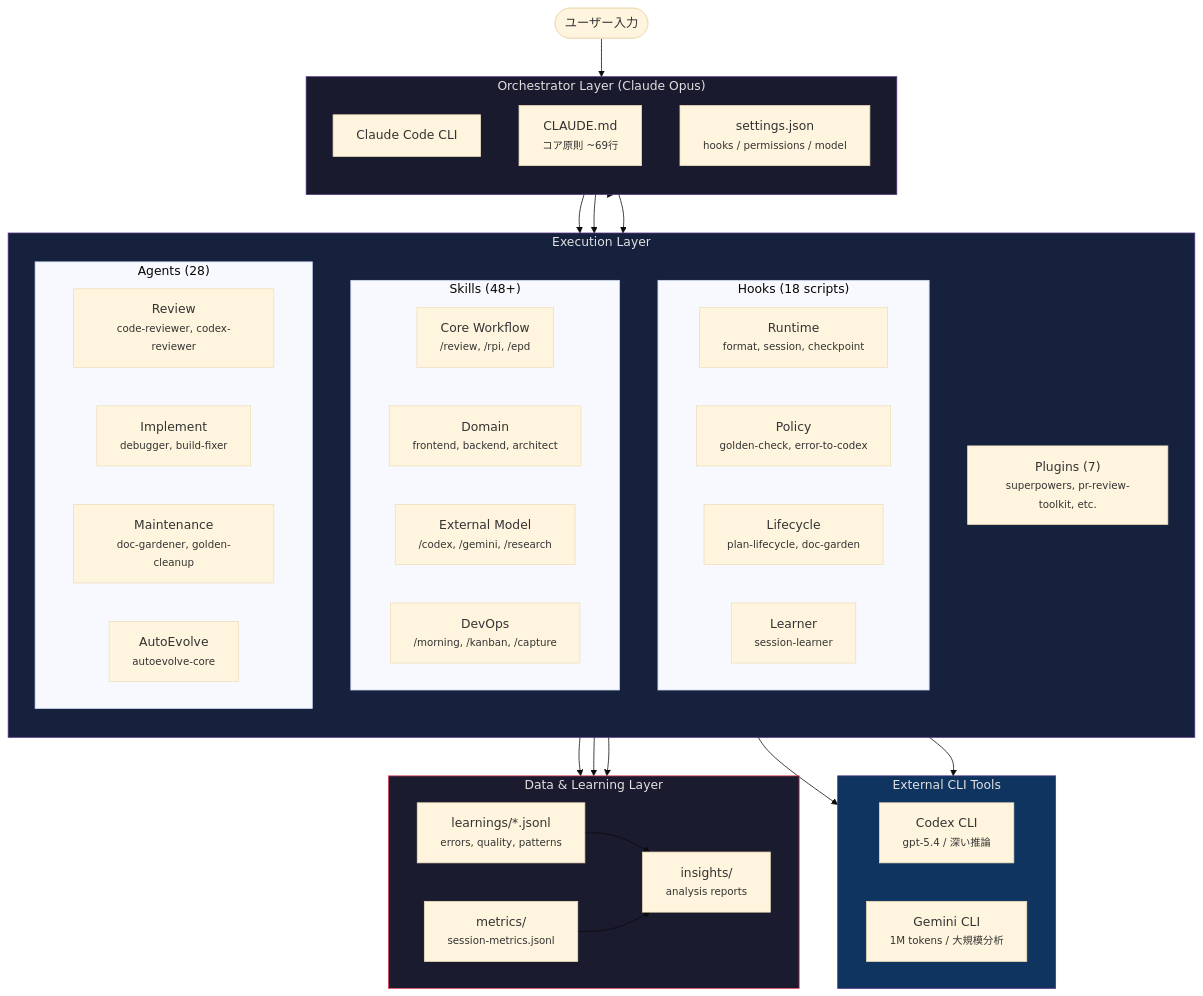
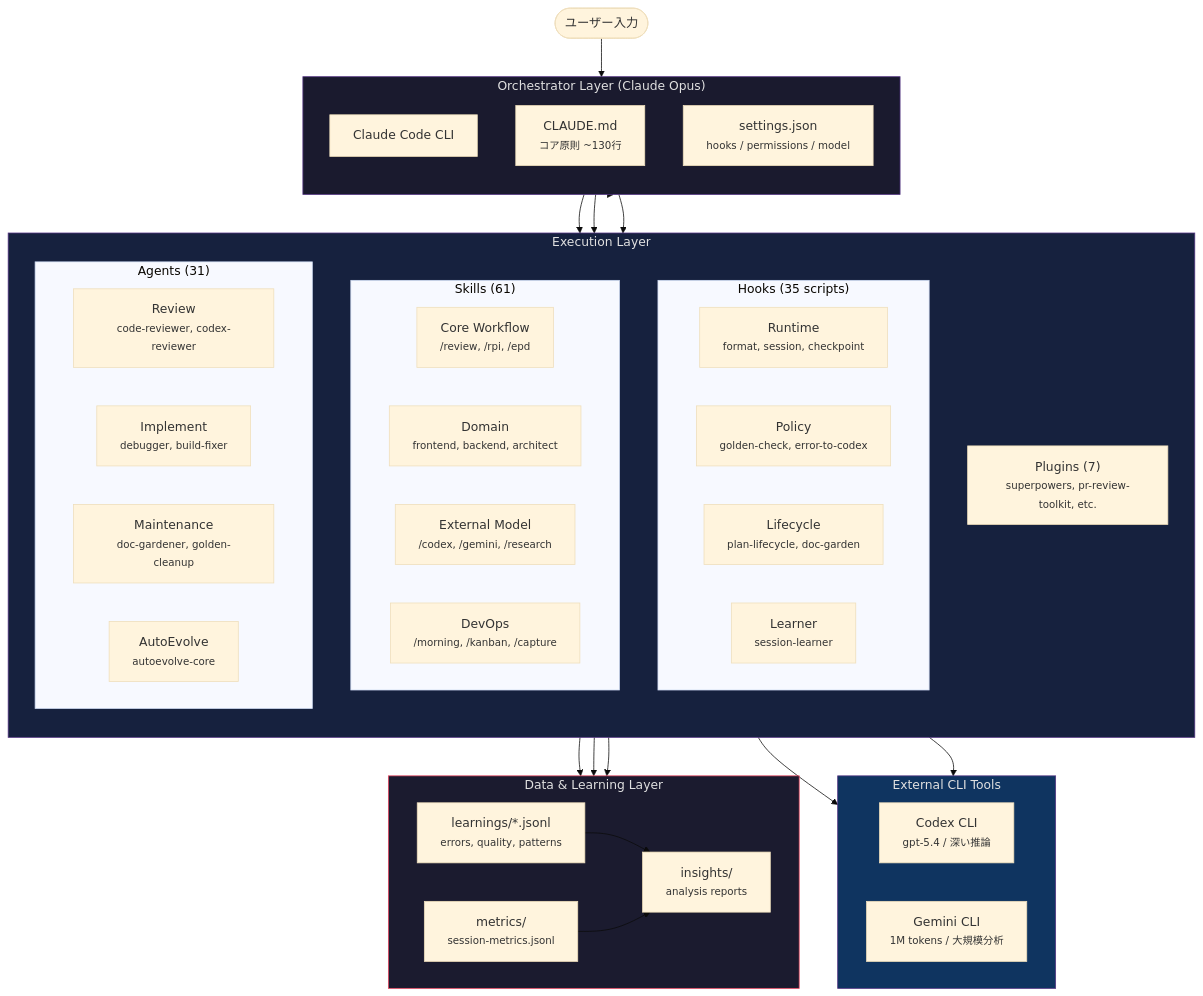
One commit to takeuchi-shogo/dotfiles changed the first of 3 diagrams in .config/claude/README.md. Above: the diagram before and after it, drawn with Mermaid (base theme). The commit also changed other lines of this file and 1 other file, not shown here.

First line of the commit message:
📝 docs: README.md と .config/claude/README.md を実態に合わせて更新

````diff
--- a/.config/claude/README.md
+++ b/.config/claude/README.md
@@ -28,71 +28,71 @@
 ```mermaid
 graph TB
     User([ユーザー入力])
 
     subgraph orchestrator["Orchestrator Layer (Claude Opus)"]
         direction TB
         CC[Claude Code CLI]
-        CLAUDE_MD["CLAUDE.md<br><small>コア原則 ~69行</small>"]
+        CLAUDE_MD["CLAUDE.md<br><small>コア原則 ~130行</small>"]
         SETTINGS["settings.json<br><small>hooks / permissions / model</small>"]
     end
 
     subgraph execution["Execution Layer"]
         direction TB
-        subgraph hooks_box["Hooks (18 scripts)"]
+        subgraph hooks_box["Hooks (35 scripts)"]
             direction LR
             H_RT["Runtime<br><small>format, session, checkpoint</small>"]
             H_PO["Policy<br><small>golden-check, error-to-codex</small>"]
             H_LC["Lifecycle<br><small>plan-lifecycle, doc-garden</small>"]
             H_LR["Learner<br><small>session-learner</small>"]
         end
 
-        subgraph skills_box["Skills (48+)"]
+        subgraph skills_box["Skills (61)"]
             direction LR
             SK_CORE["Core Workflow<br><small>/review, /rpi, /epd</small>"]
             SK_DOMAIN["Domain<br><small>frontend, backend, architect</small>"]
             SK_EXT["External Model<br><small>/codex, /gemini, /research</small>"]
             SK_OPS["DevOps<br><small>/morning, /kanban, /capture</small>"]
         end
 
-        subgraph agents_box["Agents (28)"]
+        subgraph agents_box["Agents (31)"]
             direction LR
             AG_REV["Review<br><small>code-reviewer, codex-reviewer</small>"]
             AG_IMPL["Implement<br><small>debugger, build-fixer</small>"]
             AG_MAINT["Maintenance<br><small>doc-gardener, golden-cleanup</small>"]
             AG_EVOLVE["AutoEvolve<br><small>autoevolve-core</small>"]
         end
 
         PLUGINS["Plugins (7)<br><small>superpowers, pr-review-toolkit, etc.</small>"]
     end
 
     subgraph external["External CLI Tools"]
         direction LR
         CODEX["Codex CLI<br><small>gpt-5.4 / 深い推論</small>"]
         GEMINI["Gemini CLI<br><small>1M tokens / 大規模分析</small>"]
     end
 
     subgraph data["Data & Learning Layer"]
         direction LR
         LEARNINGS["learnings/*.jsonl<br><small>errors, quality, patterns</small>"]
         METRICS["metrics/<br><small>session-metrics.jsonl</small>"]
         INSIGHTS["insights/<br><small>analysis reports</small>"]
     end
 
     User --> CC
     CC --> hooks_box
     CC --> skills_box
     CC --> agents_box
     CC --> PLUGINS
     SK_EXT --> CODEX
     SK_EXT --> GEMINI
     AG_EVOLVE --> LEARNINGS
     H_LR --> LEARNINGS
     H_PO --> LEARNINGS
     LEARNINGS --> INSIGHTS
     METRICS --> INSIGHTS
 
     style orchestrator fill:#1a1a2e,stroke:#533483,color:#e0e0e0
     style execution fill:#16213e,stroke:#533483,color:#e0e0e0
     style external fill:#0f3460,stroke:#533483,color:#e0e0e0
     style data fill:#1b1b2f,stroke:#e94560,color:#e0e0e0
 ```
````
